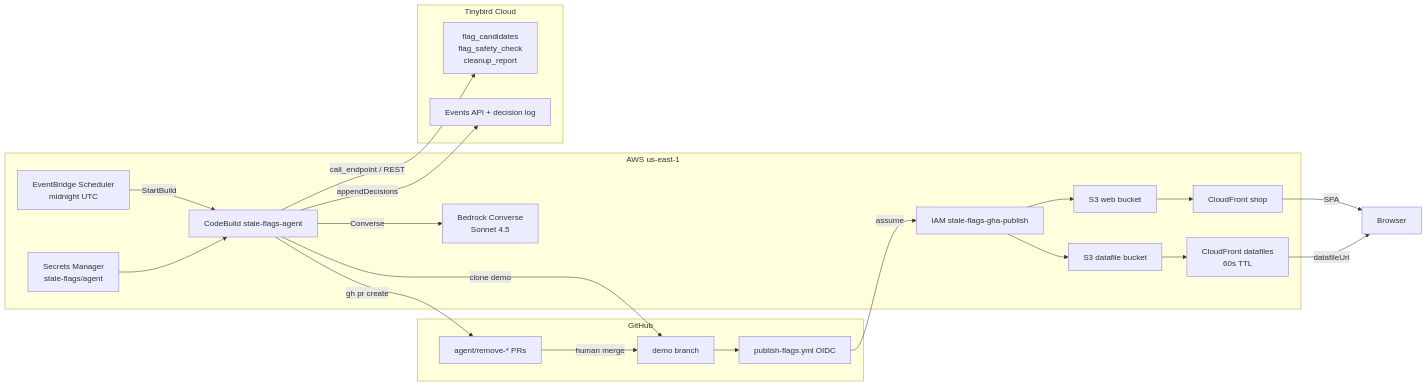
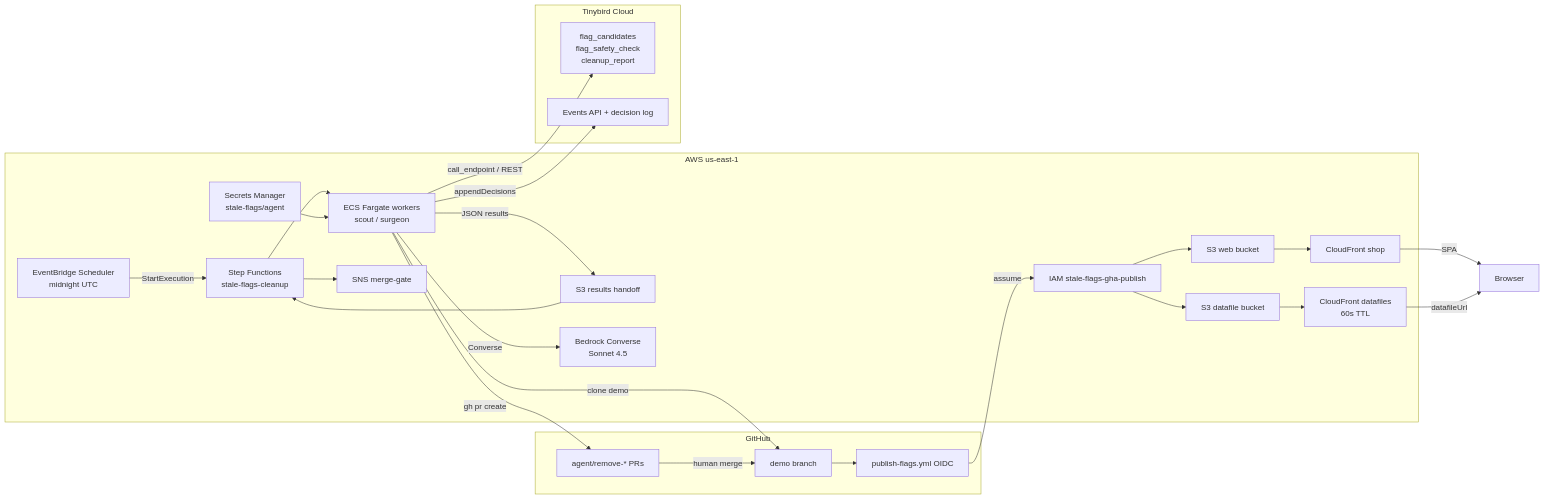
Before and after one commit to lucamezzalira/stale-flag-cleanup: the second of 3 diagrams in README.md, drawn with Mermaid. The commit also changed other lines of this file and 10 other files, not shown here.

First line of the commit message:
Replace CodeBuild agent host with Step Functions and ECS Fargate.

````diff
--- a/README.md
+++ b/README.md
@@ -74,42 +74,49 @@
 ```mermaid
 flowchart LR
   subgraph github [GitHub]
     DEMO[demo branch]
     PR[agent/remove-* PRs]
     GHA[publish-flags.yml OIDC]
   end
 
   subgraph aws [AWS us-east-1]
     SCH[EventBridge Scheduler<br/>midnight UTC]
-    CB[CodeBuild stale-flags-agent]
+    SFN[Step Functions<br/>stale-flags-cleanup]
+    ECS[ECS Fargate workers<br/>scout / surgeon]
+    S3R[S3 results handoff]
+    SNS[SNS merge-gate]
     SM[Secrets Manager<br/>stale-flags/agent]
     BR[Bedrock Converse<br/>Sonnet 4.5]
     S3W[S3 web bucket]
     S3D[S3 datafile bucket]
     CFW[CloudFront shop]
     CFD[CloudFront datafiles<br/>60s TTL]
     ROLE[IAM stale-flags-gha-publish]
   end
 
   subgraph tb [Tinybird Cloud]
     PIPES[flag_candidates<br/>flag_safety_check<br/>cleanup_report]
     EV[Events API + decision log]
   end
 
-  SCH -->|StartBuild| CB
-  SM --> CB
-  CB -->|clone demo| DEMO
-  CB -->|call_endpoint / REST| PIPES
-  CB -->|Converse| BR
-  CB -->|gh pr create| PR
-  CB -->|appendDecisions| EV
+  SCH -->|StartExecution| SFN
+  SFN --> ECS
+  SM --> ECS
+  ECS -->|clone demo| DEMO
+  ECS -->|call_endpoint / REST| PIPES
+  ECS -->|Converse| BR
+  ECS -->|JSON results| S3R
+  S3R --> SFN
+  ECS -->|gh pr create| PR
+  ECS -->|appendDecisions| EV
+  SFN --> SNS
   PR -->|human merge| DEMO
   DEMO --> GHA
   GHA -->|assume| ROLE
   ROLE --> S3W
   ROLE --> S3D
   S3W --> CFW
   S3D --> CFD
   CFW -->|SPA| USER[Browser]
   CFD -->|datafileUrl| USER
 ```
````
